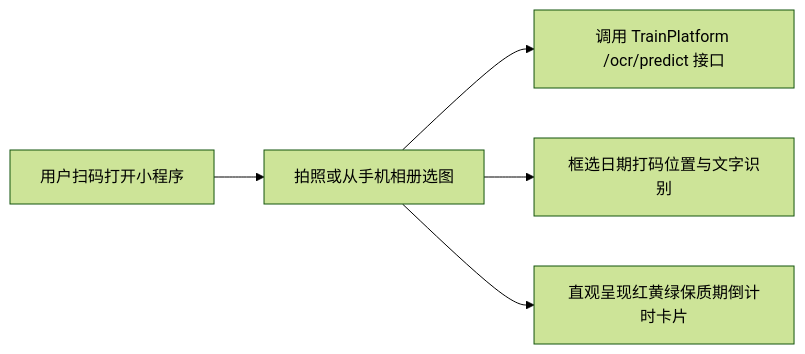
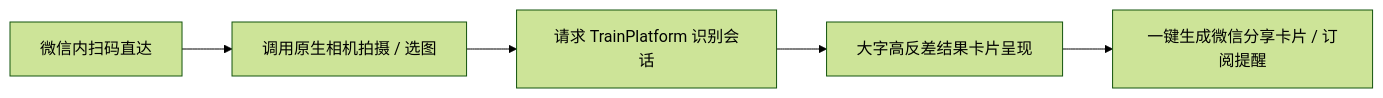
One commit to QingMouFoodDate/WxClient changed the diagram in README.md. Above: the diagram before and after it, drawn with Mermaid (forest theme). The commit also changed other lines of this file, not shown here.

````diff
--- a/README.md
+++ b/README.md
@@ -12,7 +12,7 @@
 ```mermaid
 flowchart LR
-    A["用户扫码打开小程序"] --> B["拍照或从手机相册选图"]
-    B --> C["调用 TrainPlatform /ocr/predict 接口"]
-    B --> D["框选日期打码位置与文字识别"]
-    B --> E["直观呈现红黄绿保质期倒计时卡片"]
+    A["微信内扫码直达"] --> B["调用原生相机拍摄 / 选图"]
+    B --> C["请求 TrainPlatform 识别会话"]
+    C --> D["大字高反差结果卡片呈现"]
+    D --> E["一键生成微信分享卡片 / 订阅提醒"]
 ```
````
